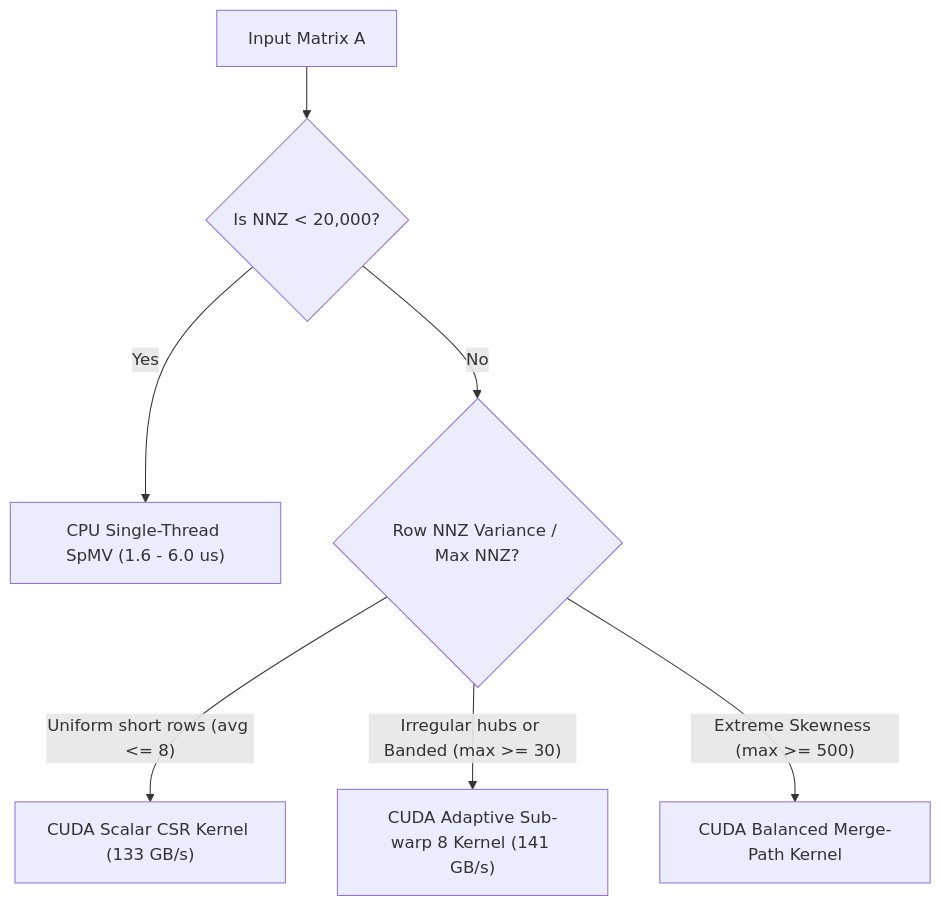
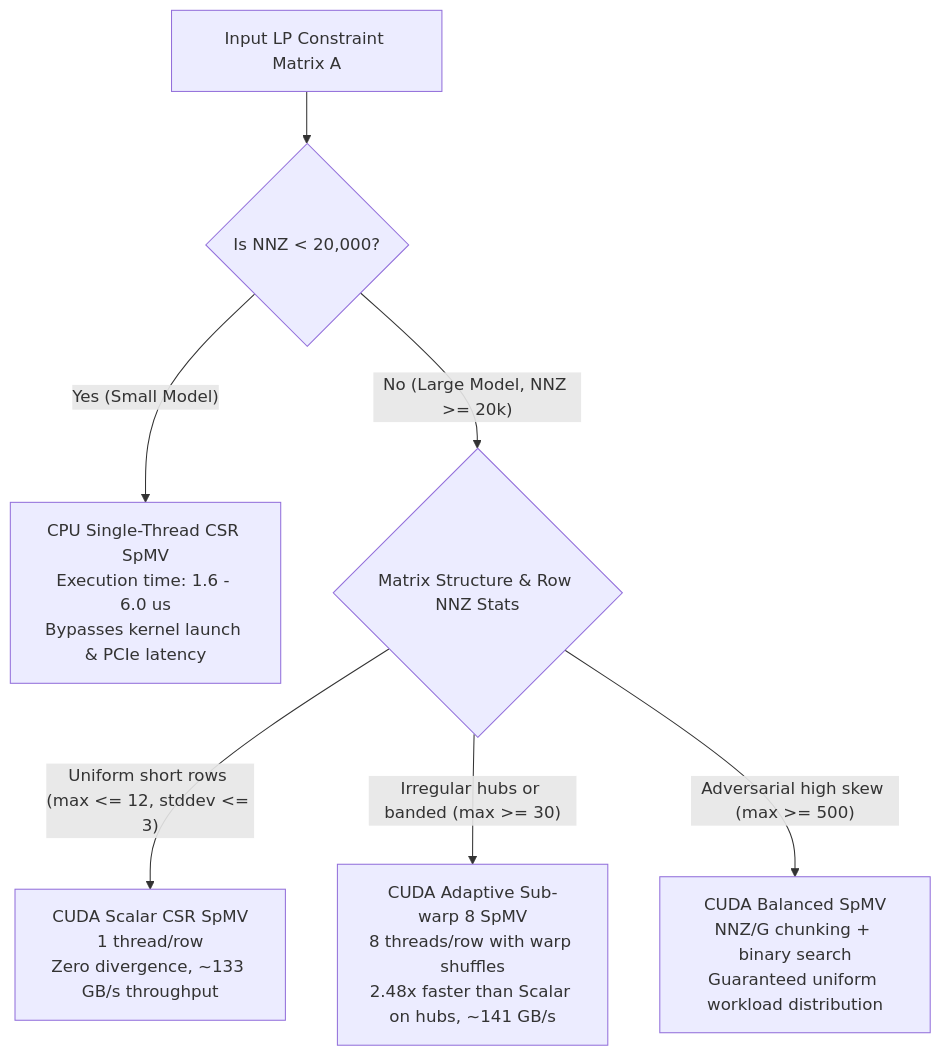
One commit to Satyanshgaur/PIPEPYE changed the diagram in benchmark.md. Above: the diagram before and after it, drawn with Mermaid. The commit also changed other lines of this file and 22 other files, not shown here.

````diff
--- a/benchmark.md
+++ b/benchmark.md
@@ -377,10 +185,13 @@
 ```mermaid
 flowchart TD
-    In[Input Matrix A] --> CheckSize{Is NNZ < 20,000?}
-    CheckSize -- Yes --> CPUSingle["CPU Single-Thread SpMV (1.6 - 6.0 us)"]
-    CheckSize -- No --> CheckVar{Row NNZ Variance / Max NNZ?}
+    In[Input LP Constraint Matrix A] --> CheckSize{Is NNZ < 20,000?}
+    CheckSize -- "Yes (Small Model)" --> CPUSingle["CPU Single-Thread CSR SpMV\nExecution time: 1.6 - 6.0 us\nBypasses kernel launch & PCIe latency"]
     
-    CheckVar -- "Uniform short rows (avg <= 8)" --> GPUScalar["CUDA Scalar CSR Kernel (133 GB/s)"]
-    CheckVar -- "Irregular hubs or Banded (max >= 30)" --> GPUAdaptive["CUDA Adaptive Sub-warp 8 Kernel (141 GB/s)"]
-    CheckVar -- "Extreme Skewness (max >= 500)" --> GPUBalanced["CUDA Balanced Merge-Path Kernel"]
+    CheckSize -- "No (Large Model, NNZ >= 20k)" --> CheckTopology{Matrix Structure & Row NNZ Stats}
+    
+    CheckTopology -- "Uniform short rows (max <= 12, stddev <= 3)" --> GPUScalar["CUDA Scalar CSR SpMV\n1 thread/row\nZero divergence, ~133 GB/s throughput"]
+    
+    CheckTopology -- "Irregular hubs or banded (max >= 30)" --> GPUAdaptive["CUDA Adaptive Sub-warp 8 SpMV\n8 threads/row with warp shuffles\n2.48x faster than Scalar on hubs, ~141 GB/s"]
+    
+    CheckTopology -- "Adversarial high skew (max >= 500)" --> GPUBalanced["CUDA Balanced SpMV\nNNZ/G chunking + binary search\nGuaranteed uniform workload distribution"]
 ```
````
